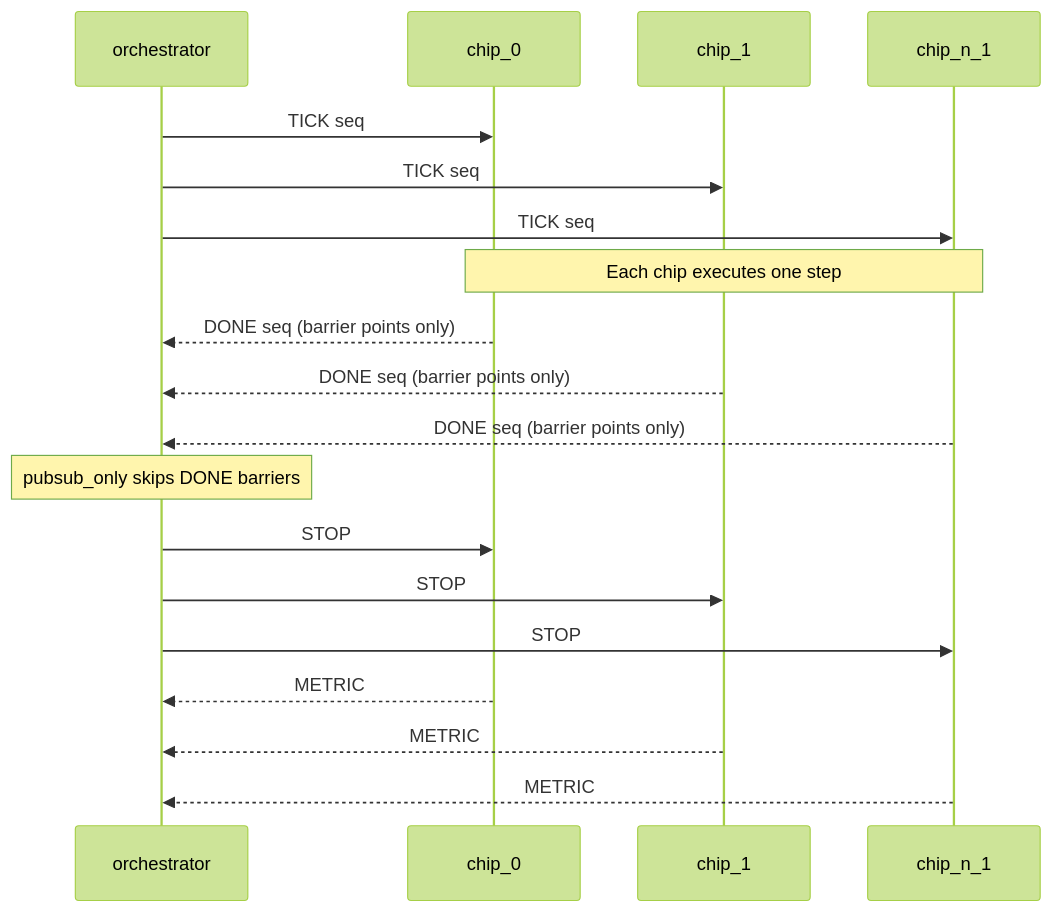
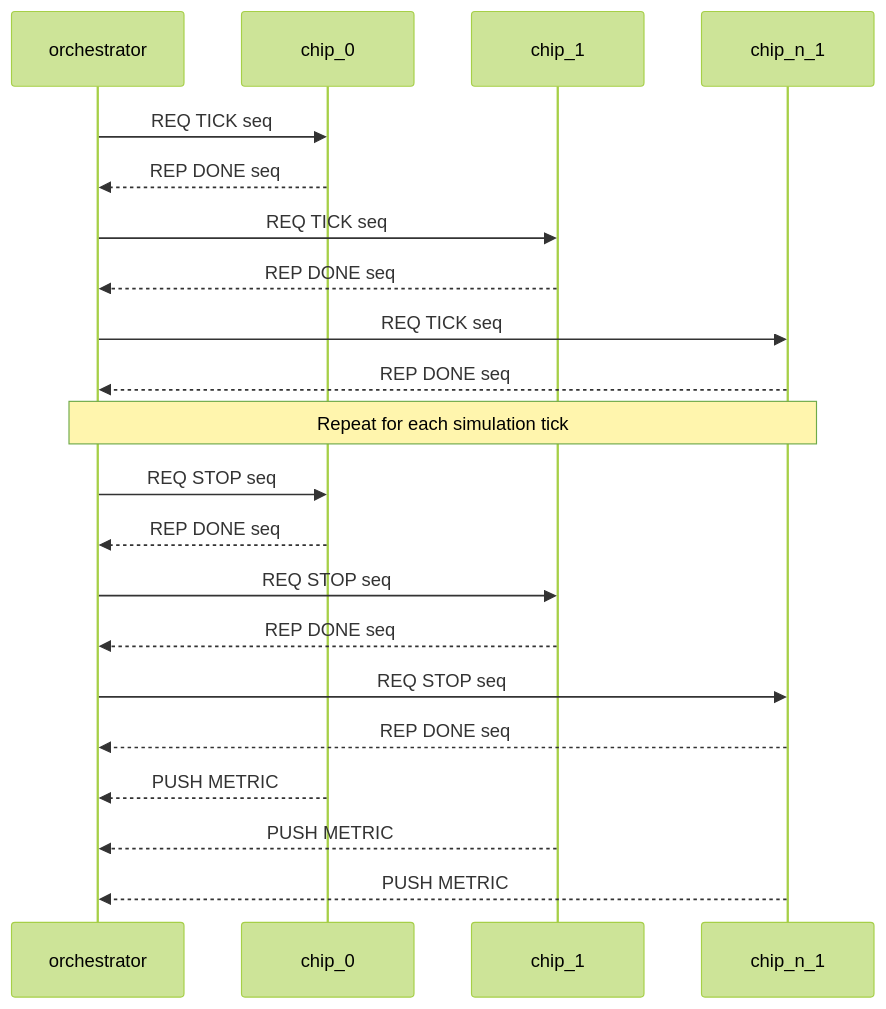
Before and after one commit to snr-laboratory/snrlab-chip-network-sim: the second of 3 diagrams in chip_network_sim/doc/architecture.md, drawn with Mermaid (forest theme). The commit also changed other lines of this file and 12 other files, not shown here.

First line of the commit message:
Implement reliable inter-chip data plane (REQ/REP), refresh docs, and benchmark post-migration

````diff
--- a/chip_network_sim/doc/architecture.md
+++ b/chip_network_sim/doc/architecture.md
@@ -129,24 +132,25 @@
 ```mermaid
 sequenceDiagram
     participant O as orchestrator
     participant C0 as chip_0
     participant C1 as chip_1
     participant CN as chip_n_1
 
-    O->>C0: TICK seq
-    O->>C1: TICK seq
-    O->>CN: TICK seq
-    Note over C0,CN: Each chip executes one step
+    O->>C0: REQ TICK seq
+    C0-->>O: REP DONE seq
+    O->>C1: REQ TICK seq
+    C1-->>O: REP DONE seq
+    O->>CN: REQ TICK seq
+    CN-->>O: REP DONE seq
+    Note over O,CN: Repeat for each simulation tick
 
-    C0-->>O: DONE seq (barrier points only)
-    C1-->>O: DONE seq (barrier points only)
-    CN-->>O: DONE seq (barrier points only)
-    Note over O: pubsub_only skips DONE barriers
-
-    O->>C0: STOP
-    O->>C1: STOP
-    O->>CN: STOP
-    C0-->>O: METRIC
-    C1-->>O: METRIC
-    CN-->>O: METRIC
+    O->>C0: REQ STOP seq
+    C0-->>O: REP DONE seq
+    O->>C1: REQ STOP seq
+    C1-->>O: REP DONE seq
+    O->>CN: REQ STOP seq
+    CN-->>O: REP DONE seq
+    C0-->>O: PUSH METRIC
+    C1-->>O: PUSH METRIC
+    CN-->>O: PUSH METRIC
 ```
````
